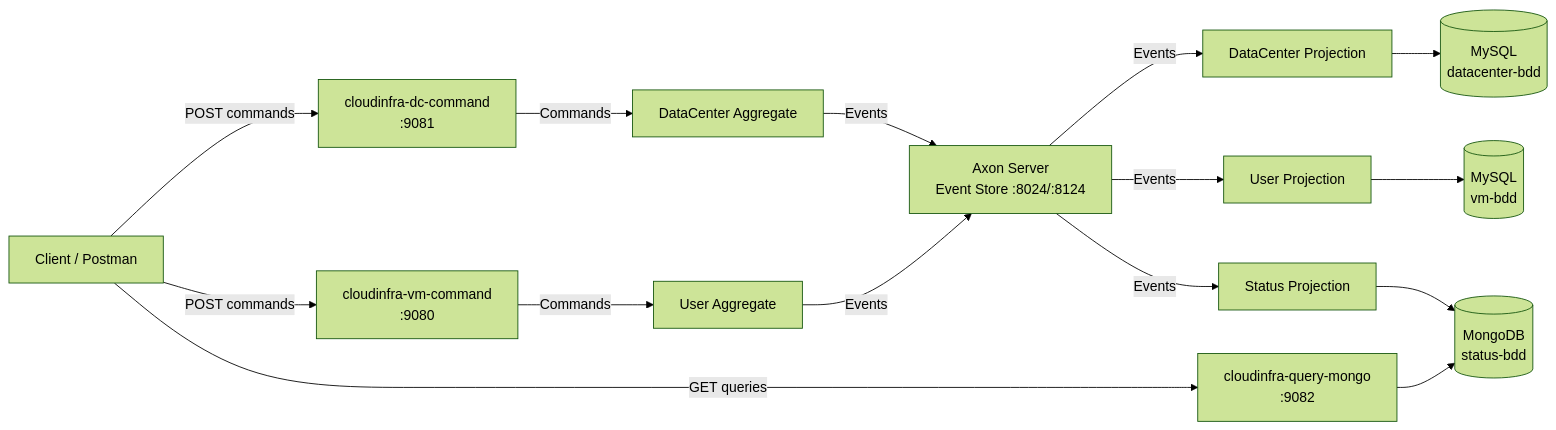
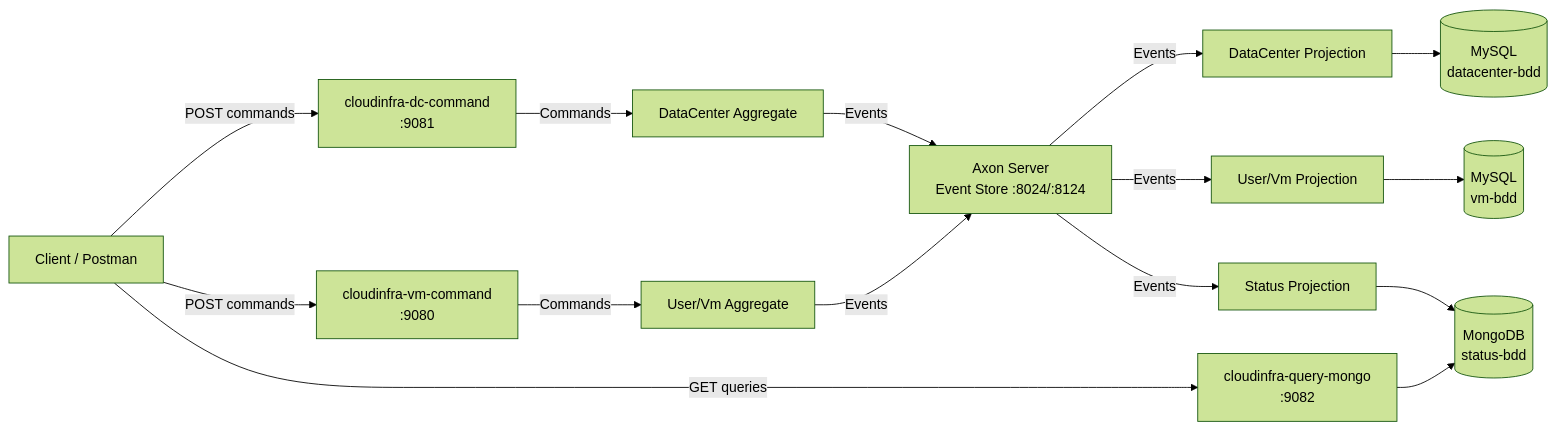
Before and after one commit to BelkorcheWidad/cloud-infrastructure-manager: the diagram in README.md, drawn with Mermaid (forest theme). The commit also changed other lines of this file and 3 other files, not shown here.

````diff
--- a/README.md
+++ b/README.md
@@ -27,21 +28,21 @@
 ```mermaid
 flowchart LR
     Client[Client / Postman] -->|POST commands| DC[cloudinfra-dc-command<br/>:9081]
     Client -->|POST commands| VM[cloudinfra-vm-command<br/>:9080]
     Client -->|GET queries| QRY[cloudinfra-query-mongo<br/>:9082]
 
     DC -->|Commands| AGG1[DataCenter Aggregate]
-    VM -->|Commands| AGG2[User Aggregate]
+    VM -->|Commands| AGG2[User/Vm Aggregate]
     AGG1 -->|Events| AXON[Axon Server<br/>Event Store :8024/:8124]
     AGG2 -->|Events| AXON
 
     AXON -->|Events| P1[DataCenter Projection]
-    AXON -->|Events| P2[User Projection]
+    AXON -->|Events| P2[User/Vm Projection]
     AXON -->|Events| P3[Status Projection]
 
     P1 --> MYSQL1[(MySQL<br/>datacenter-bdd)]
     P2 --> MYSQL2[(MySQL<br/>vm-bdd)]
     P3 --> MONGO[(MongoDB<br/>status-bdd)]
 
     QRY --> MONGO
 ```
````
